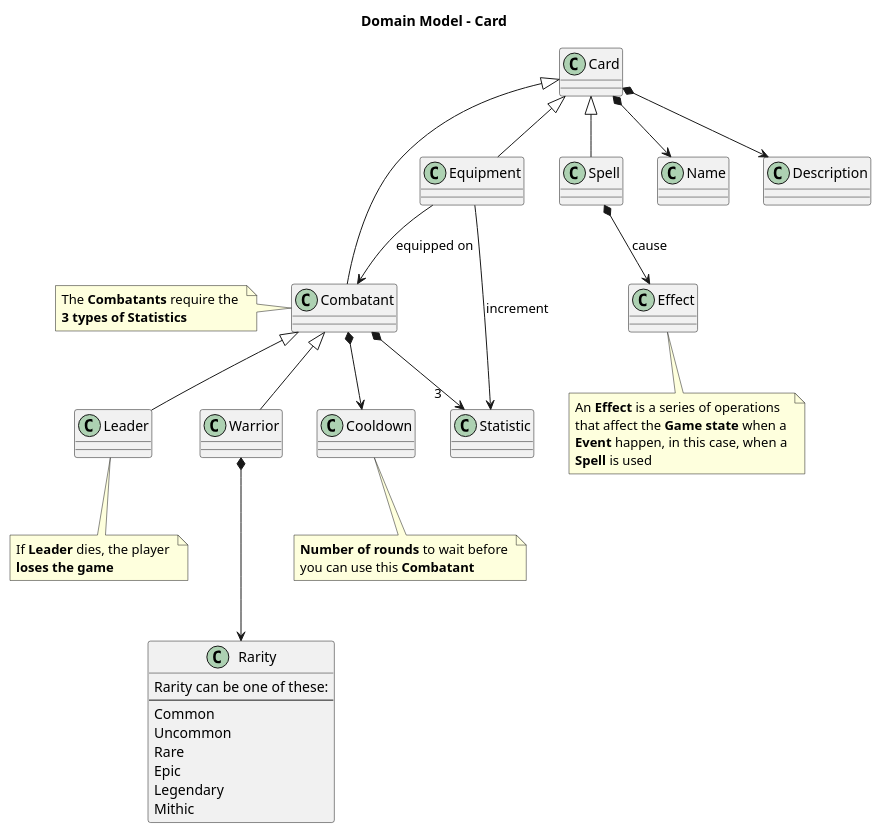
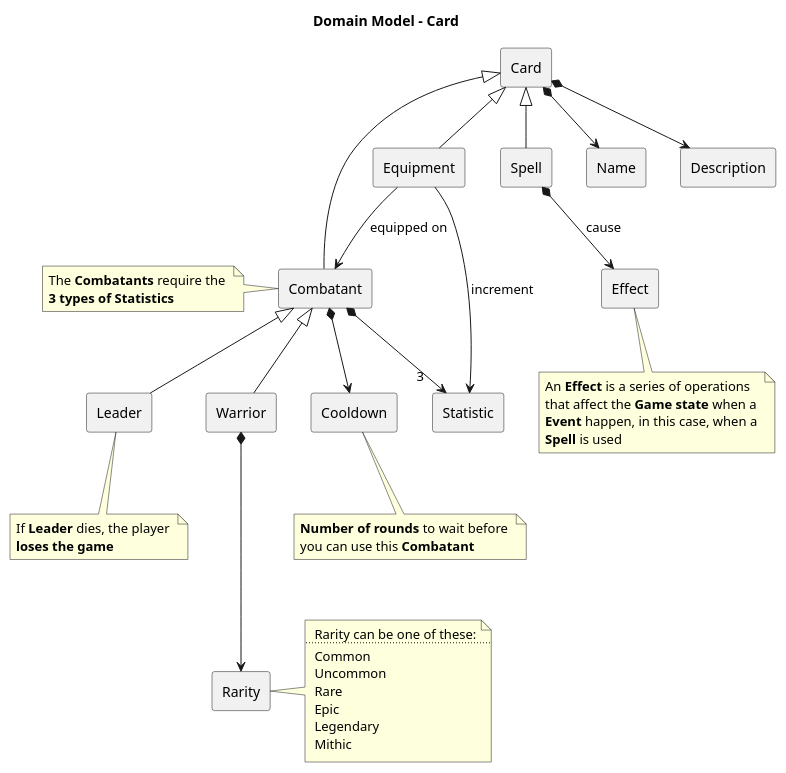
The diagram in docs/development/backend/diagrams/domain_model-card.plantuml (DainWs/Crazy-Random-Multiverse), drawn with PlantUML before and after one commit. The commit also changed 7 other files, not shown here.

Commit message:
Documentation: UML diagrams changes

```diff
--- a/docs/development/backend/diagrams/domain_model-card.plantuml
+++ b/docs/development/backend/diagrams/domain_model-card.plantuml
@@ -1,62 +1,69 @@
 @startuml 
 title "Domain Model - Card"
 
-class Card {}
-class Spell {}
-class Equipment {}
-class Combatant {}
-class Leader {}
-class Warrior {}
-class Rarity {
- Rarity can be one of these:
----
- Common
- Uncommon
- Rare
- Epic
- Legendary
- Mithic
-}
+rectangle Card
+rectangle Spell
+rectangle Equipment
+rectangle Combatant
+rectangle Leader
+rectangle Warrior
+rectangle Rarity
+rectangle Cooldown
+rectangle Statistic
+rectangle Name
+rectangle Effect
+rectangle Description
 
 Card *--> Name
 Card *--> Description
 
 Card <|-- Spell
 Card <|-- Equipment 
 Card <|-- Combatant 
 
 Spell *--> Effect : cause
 
 Equipment --> Combatant : equipped on
 Equipment --> Statistic : increment
 
 Combatant <|-- Leader
 Combatant <|-- Warrior
 Combatant *--> "3    " Statistic
 Combatant *--> Cooldown
 
 Warrior *---> Rarity
 
 note bottom of Effect
 	An **Effect** is a series of operations 
 	that affect the **Game state** when a 
 	**Event** happen, in this case, when a
 	**Spell** is used
 end note
 
 note left of Combatant
 	The **Combatants** require the 
 	**3 types of Statistics**
 end note
 
 note bottom of Leader
 	If **Leader** dies, the player 
 	**loses the game**
 end note
 
 note bottom of Cooldown
 	**Number of rounds** to wait before 
 	you can use this **Combatant**
 end note
 
+note right of Rarity
+ Rarity can be one of these:
+....
+ Common
+ Uncommon
+ Rare
+ Epic
+ Legendary
+ Mithic
+end note
+
 @enduml
```
